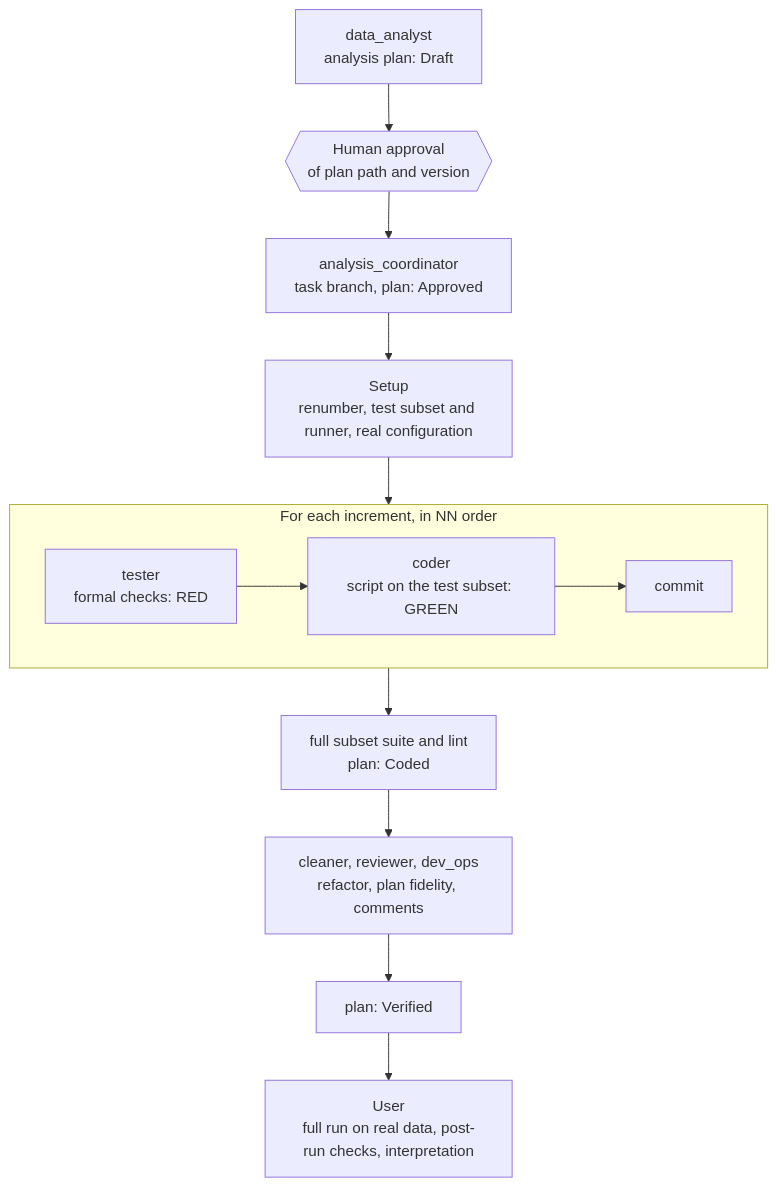
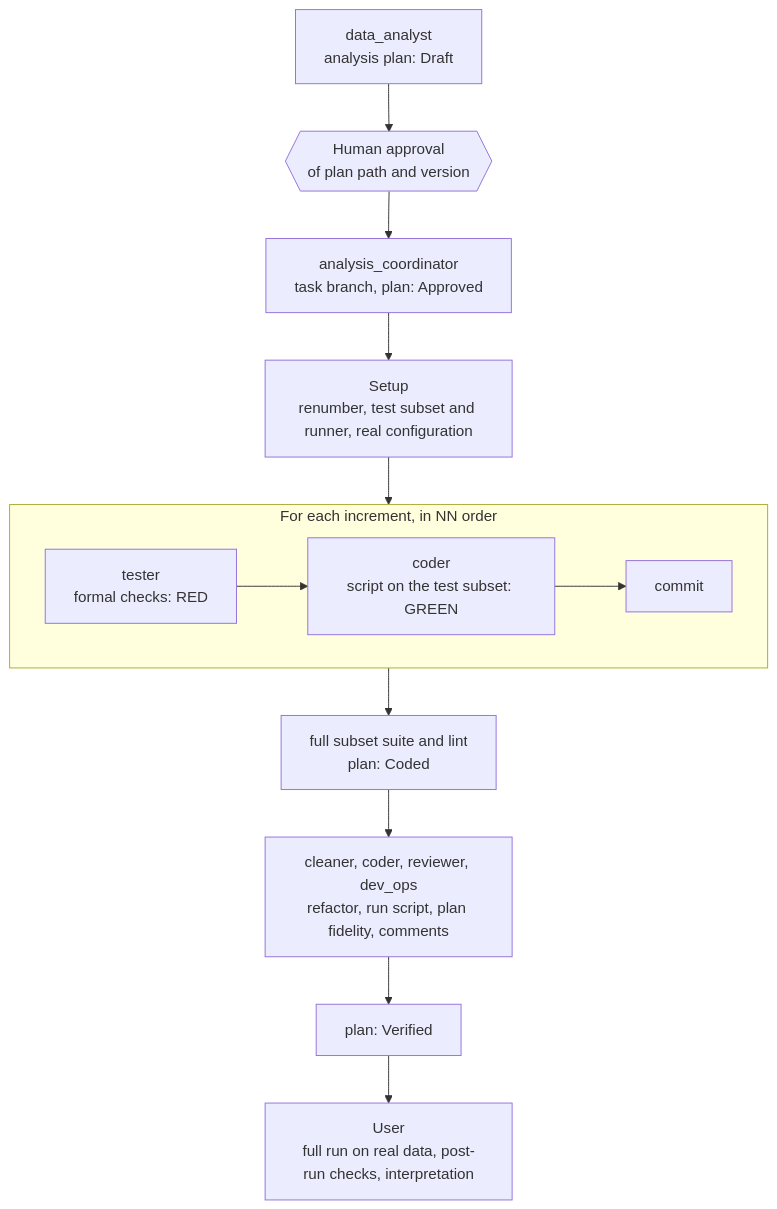
Before and after one commit to yocra3/AI_agents: the second of 2 diagrams in README.md, drawn with Mermaid. The commit also changed 5 other files, not shown here.

First line of the commit message:
feat(analysis): add run-script finalization phase

````diff
--- a/README.md
+++ b/README.md
@@ -73,15 +73,15 @@
 ```mermaid
 flowchart TD
     DA["data_analyst<br/>analysis plan: Draft"] --> HA{{"Human approval<br/>of plan path and version"}}
     HA --> AC["analysis_coordinator<br/>task branch, plan: Approved"]
     AC --> SE["Setup<br/>renumber, test subset and runner, real configuration"]
     SE --> INC
     subgraph INC ["For each increment, in NN order"]
         direction LR
         T["tester<br/>formal checks: RED"] --> C["coder<br/>script on the test subset: GREEN"] --> CM["commit"]
     end
     INC --> CO["full subset suite and lint<br/>plan: Coded"]
-    CO --> FI["cleaner, reviewer, dev_ops<br/>refactor, plan fidelity, comments"]
+    CO --> FI["cleaner, coder, reviewer, dev_ops<br/>refactor, run script, plan fidelity, comments"]
     FI --> VE["plan: Verified"]
     VE --> US["User<br/>full run on real data, post-run checks, interpretation"]
 ```
````
